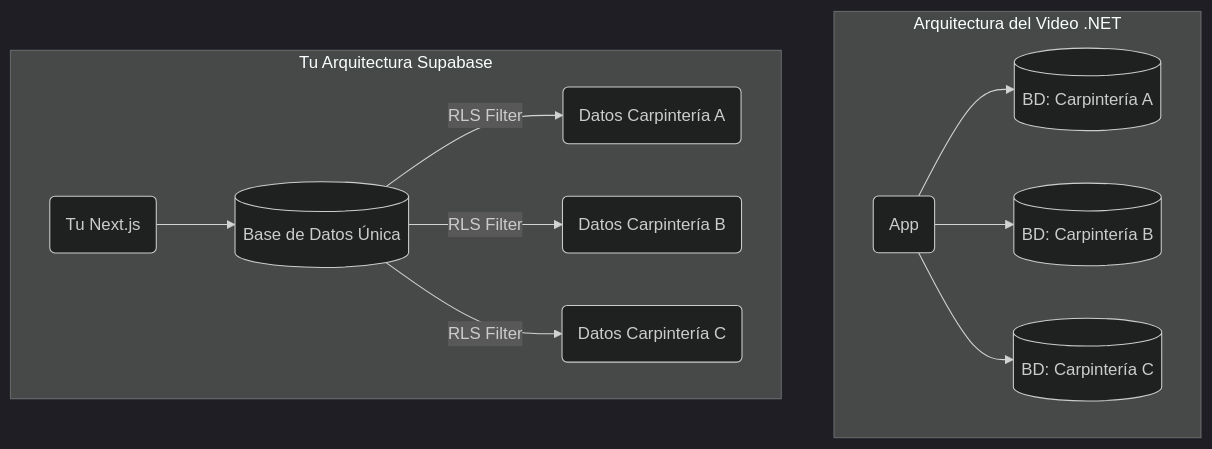
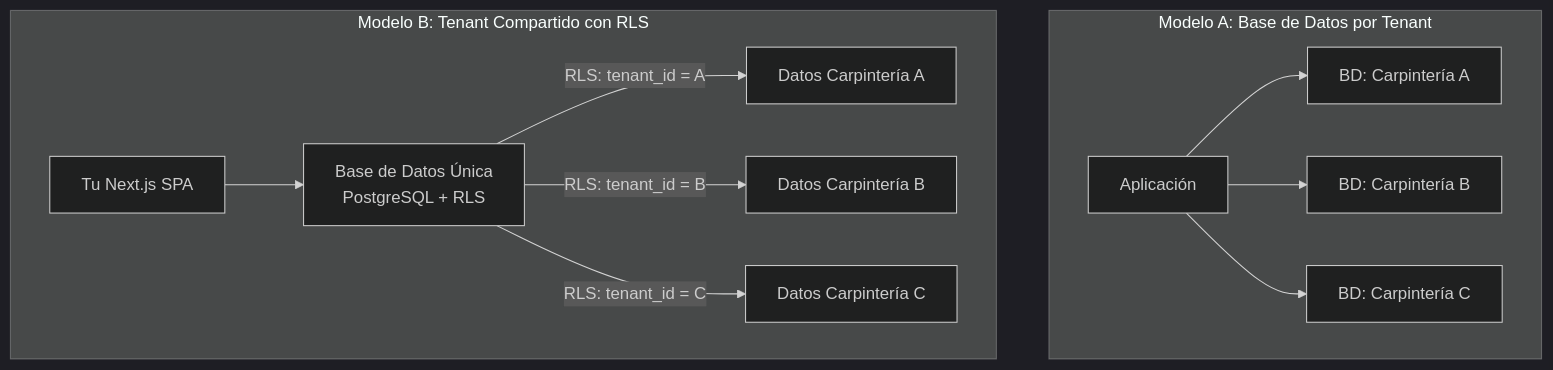
One commit to redentor159/sistema-erp-inventario changed the first of 5 diagrams in docs/18_GUIA_MIGRACION_SAAS.md. Above: the diagram before and after it, drawn with Mermaid (dark theme). The commit also changed other lines of this file and 3 other files, not shown here.

Commit message:
docs: refactorizar analisis de negocio y guia de migracion SaaS con diagramas Mermaid y tablas de alta densidad

````diff
--- a/docs/18_GUIA_MIGRACION_SAAS.md
+++ b/docs/18_GUIA_MIGRACION_SAAS.md
@@ -23,15 +39,15 @@
 ```mermaid
 graph TD
-    subgraph El_Video [Arquitectura del Video .NET]
-        APP1(App) --> DB_A[(BD: Carpintería A)]
-        APP1 --> DB_B[(BD: Carpintería B)]
-        APP1 --> DB_C[(BD: Carpintería C)]
+    subgraph Modelo_A["Modelo A: Base de Datos por Tenant"]
+        APP1["Aplicación"] --> DB_A["BD: Carpintería A"]
+        APP1 --> DB_B["BD: Carpintería B"]
+        APP1 --> DB_C["BD: Carpintería C"]
     end
 
-    subgraph Supabase_Tuyo [Tu Arquitectura Supabase]
-        APP2(Tu Next.js) --> BD_UNICA[(Base de Datos Única)]
-        BD_UNICA -- RLS Filter --> CA(Datos Carpintería A)
-        BD_UNICA -- RLS Filter --> CB(Datos Carpintería B)
-        BD_UNICA -- RLS Filter --> CC(Datos Carpintería C)
+    subgraph Modelo_B["Modelo B: Tenant Compartido con RLS"]
+        APP2["Tu Next.js SPA"] --> BD_UNICA["Base de Datos Única<br/>PostgreSQL + RLS"]
+        BD_UNICA -- "RLS: tenant_id = A" --> CA["Datos Carpintería A"]
+        BD_UNICA -- "RLS: tenant_id = B" --> CB["Datos Carpintería B"]
+        BD_UNICA -- "RLS: tenant_id = C" --> CC["Datos Carpintería C"]
     end
 ```
````
